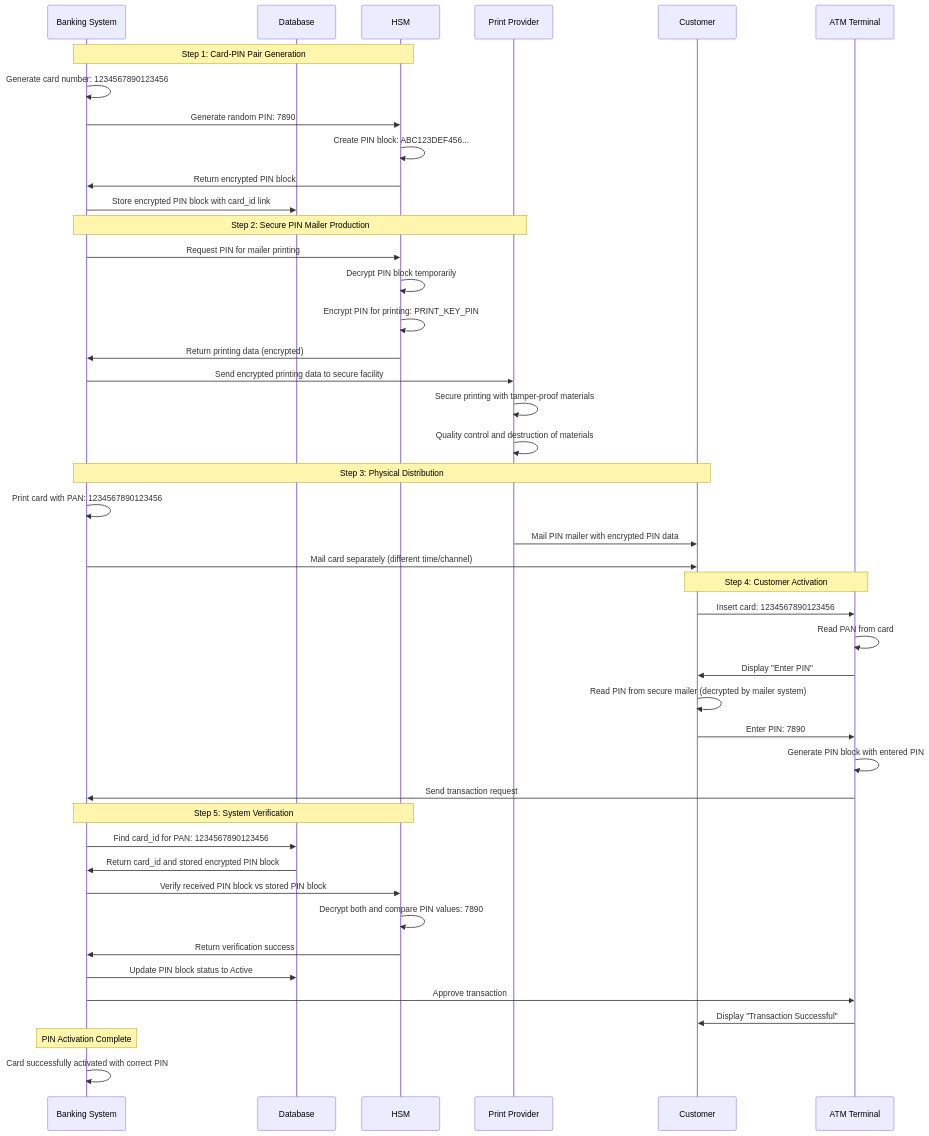
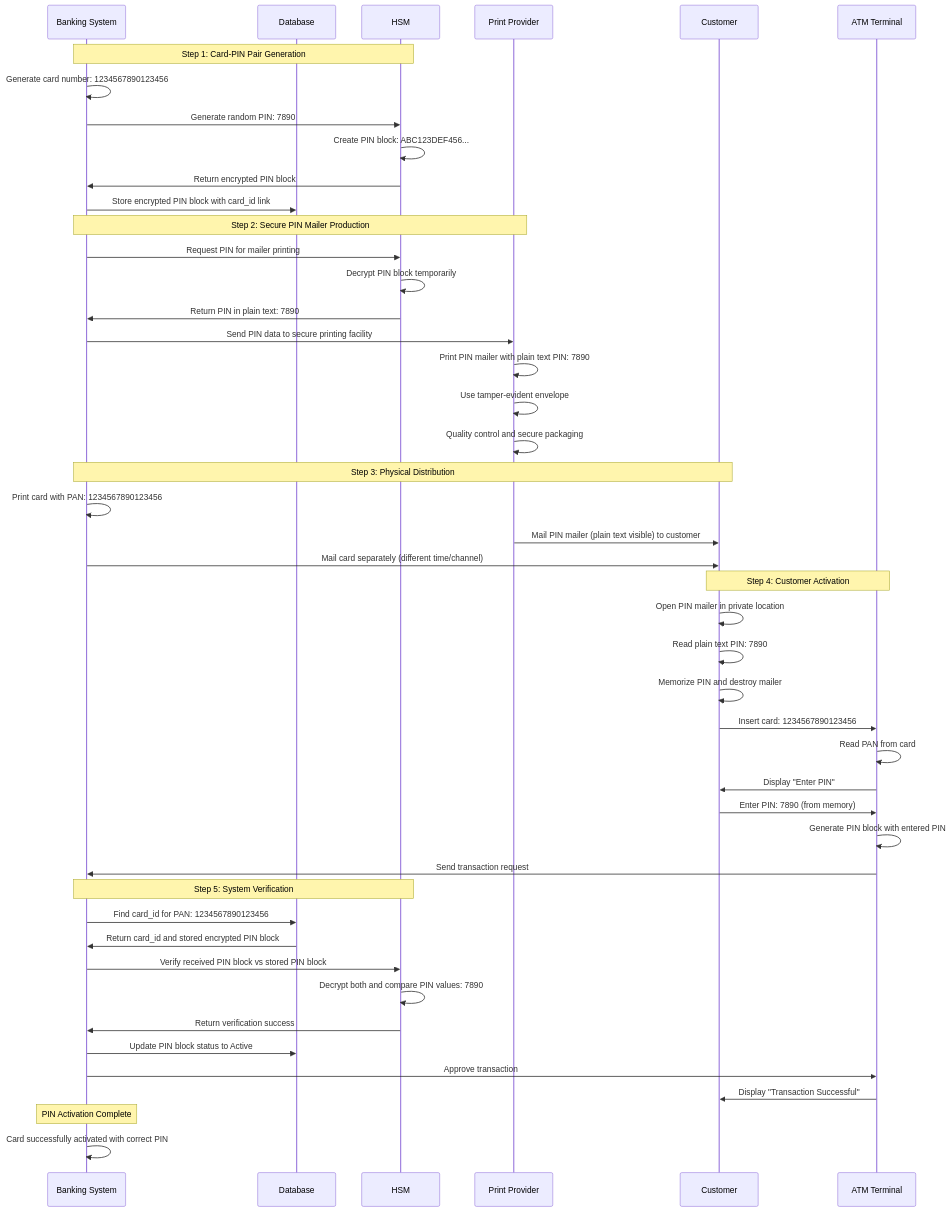
The ninth of 17 diagrams in docs/user-manual/pinblock.md (artivisi/hsm-simulator), drawn with Mermaid before and after one commit. The commit also changed other lines of this file, not shown here.

First line of the commit message:
Fix PIN mailer logic - mailer contains plain text PIN for customer reading

````diff
--- a/docs/user-manual/pinblock.md
+++ b/docs/user-manual/pinblock.md
@@ -394,52 +396,54 @@
 ```mermaid
 sequenceDiagram
     participant SYS as Banking System
     participant DB as Database
     participant HSM as HSM
     participant PP as Print Provider
     participant C as Customer
     participant ATM as ATM Terminal
 
     Note over SYS,HSM: Step 1: Card-PIN Pair Generation
     SYS->>SYS: Generate card number: 1234567890123456
     SYS->>HSM: Generate random PIN: 7890
     HSM->>HSM: Create PIN block: ABC123DEF456...
     HSM->>SYS: Return encrypted PIN block
     SYS->>DB: Store encrypted PIN block with card_id link
 
     Note over SYS,PP: Step 2: Secure PIN Mailer Production
     SYS->>HSM: Request PIN for mailer printing
     HSM->>HSM: Decrypt PIN block temporarily
-    HSM->>HSM: Encrypt PIN for printing: PRINT_KEY_PIN
-    HSM->>SYS: Return printing data (encrypted)
-    SYS->>PP: Send encrypted printing data to secure facility
-    PP->>PP: Secure printing with tamper-proof materials
-    PP->>PP: Quality control and destruction of materials
+    HSM->>SYS: Return PIN in plain text: 7890
+    SYS->>PP: Send PIN data to secure printing facility
+    PP->>PP: Print PIN mailer with plain text PIN: 7890
+    PP->>PP: Use tamper-evident envelope
+    PP->>PP: Quality control and secure packaging
 
     Note over SYS,C: Step 3: Physical Distribution
     SYS->>SYS: Print card with PAN: 1234567890123456
-    PP->>C: Mail PIN mailer with encrypted PIN data
+    PP->>C: Mail PIN mailer (plain text visible) to customer
     SYS->>C: Mail card separately (different time/channel)
 
     Note over C,ATM: Step 4: Customer Activation
+    C->>C: Open PIN mailer in private location
+    C->>C: Read plain text PIN: 7890
+    C->>C: Memorize PIN and destroy mailer
     C->>ATM: Insert card: 1234567890123456
     ATM->>ATM: Read PAN from card
     ATM->>C: Display "Enter PIN"
-    C->>C: Read PIN from secure mailer (decrypted by mailer system)
-    C->>ATM: Enter PIN: 7890
+    C->>ATM: Enter PIN: 7890 (from memory)
     ATM->>ATM: Generate PIN block with entered PIN
     ATM->>SYS: Send transaction request
 
     Note over SYS,HSM: Step 5: System Verification
     SYS->>DB: Find card_id for PAN: 1234567890123456
     DB->>SYS: Return card_id and stored encrypted PIN block
     SYS->>HSM: Verify received PIN block vs stored PIN block
     HSM->>HSM: Decrypt both and compare PIN values: 7890
     HSM->>SYS: Return verification success
     SYS->>DB: Update PIN block status to Active
     SYS->>ATM: Approve transaction
     ATM->>C: Display "Transaction Successful"
 
     Note over SYS: PIN Activation Complete
     SYS->>SYS: Card successfully activated with correct PIN
 ```
````
